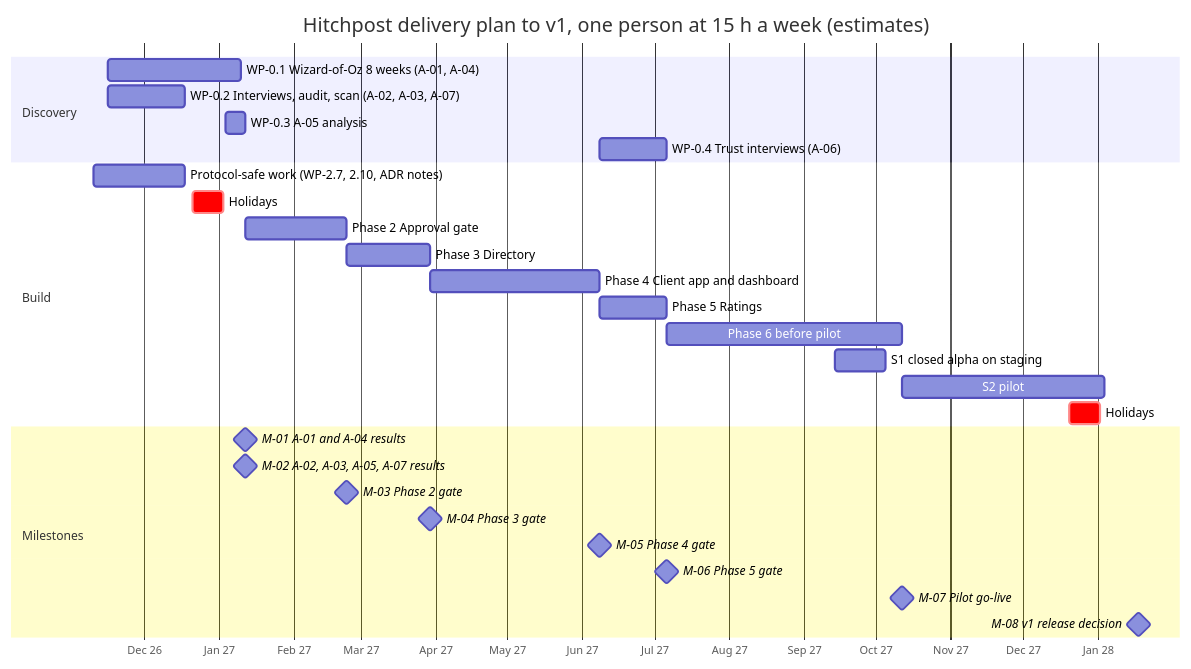
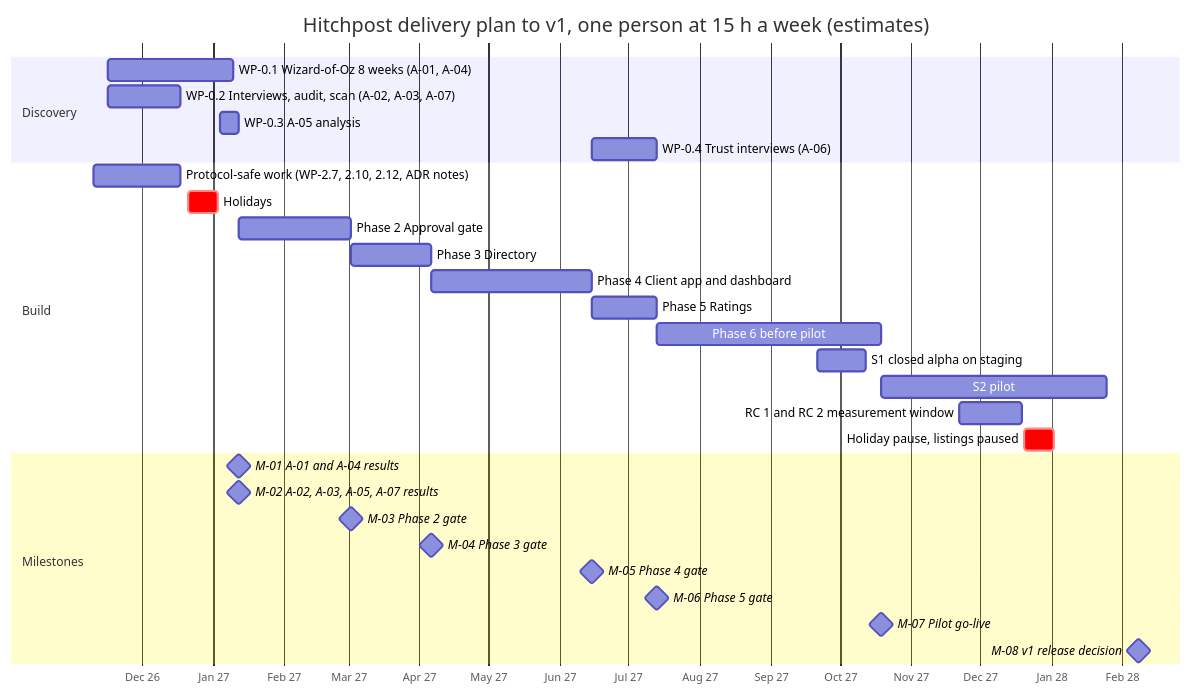
Before and after one commit to Jannisar01/hitchpost: the diagram in docs/sad/16-project-plan.md, drawn with Mermaid. The commit also changed other lines of this file and 22 other files, not shown here.

````diff
--- a/docs/sad/16-project-plan.md
+++ b/docs/sad/16-project-plan.md
@@ -165,31 +171,32 @@
 ```mermaid
 gantt
     title Hitchpost delivery plan to v1, one person at 15 h a week (estimates)
     dateFormat YYYY-MM-DD
     axisFormat %b %y
     section Discovery
     WP-0.1 Wizard-of-Oz 8 weeks (A-01, A-04)    :d1, 2026-11-16, 2027-01-10
     WP-0.2 Interviews, audit, scan (A-02, A-03, A-07) :d2, 2026-11-16, 2026-12-18
     WP-0.3 A-05 analysis                          :d3, 2027-01-04, 2027-01-12
-    WP-0.4 Trust interviews (A-06)                :d4, 2027-06-08, 2027-07-06
+    WP-0.4 Trust interviews (A-06)                :d4, 2027-06-15, 2027-07-13
     section Build
-    Protocol-safe work (WP-2.7, 2.10, ADR notes)   :b0, 2026-11-10, 2026-12-18
+    Protocol-safe work (WP-2.7, 2.10, 2.12, ADR notes) :b0, 2026-11-10, 2026-12-18
     Holidays                                      :crit, h1, 2026-12-21, 2027-01-03
-    Phase 2 Approval gate                         :p2, 2027-01-12, 2027-02-23
-    Phase 3 Directory                             :p3, 2027-02-23, 2027-03-30
-    Phase 4 Client app and dashboard              :p4, 2027-03-30, 2027-06-08
-    Phase 5 Ratings                               :p5, 2027-06-08, 2027-07-06
-    Phase 6 before pilot                          :p6, 2027-07-06, 2027-10-12
-    S1 closed alpha on staging                    :s1, 2027-09-14, 2027-10-05
-    S2 pilot                                      :s2, 2027-10-12, 2028-01-04
-    Holidays                                      :crit, h2, 2027-12-20, 2028-01-02
+    Phase 2 Approval gate                         :p2, 2027-01-12, 2027-03-02
+    Phase 3 Directory                             :p3, 2027-03-02, 2027-04-06
+    Phase 4 Client app and dashboard              :p4, 2027-04-06, 2027-06-15
+    Phase 5 Ratings                               :p5, 2027-06-15, 2027-07-13
+    Phase 6 before pilot                          :p6, 2027-07-13, 2027-10-19
+    S1 closed alpha on staging                    :s1, 2027-09-21, 2027-10-12
+    S2 pilot                                      :s2, 2027-10-19, 2028-01-25
+    RC 1 and RC 2 measurement window              :rc, 2027-11-22, 2027-12-19
+    Holiday pause, listings paused                :crit, h2, 2027-12-20, 2028-01-02
     section Milestones
     M-01 A-01 and A-04 results                    :milestone, m1, 2027-01-12, 0d
     M-02 A-02, A-03, A-05, A-07 results           :milestone, m2, 2027-01-12, 0d
-    M-03 Phase 2 gate                             :milestone, m3, 2027-02-23, 0d
-    M-04 Phase 3 gate                             :milestone, m4, 2027-03-30, 0d
-    M-05 Phase 4 gate                             :milestone, m5, 2027-06-08, 0d
-    M-06 Phase 5 gate                             :milestone, m6, 2027-07-06, 0d
-    M-07 Pilot go-live                            :milestone, m7, 2027-10-12, 0d
-    M-08 v1 release decision                      :milestone, m8, 2028-01-18, 0d
+    M-03 Phase 2 gate                             :milestone, m3, 2027-03-02, 0d
+    M-04 Phase 3 gate                             :milestone, m4, 2027-04-06, 0d
+    M-05 Phase 4 gate                             :milestone, m5, 2027-06-15, 0d
+    M-06 Phase 5 gate                             :milestone, m6, 2027-07-13, 0d
+    M-07 Pilot go-live                            :milestone, m7, 2027-10-19, 0d
+    M-08 v1 release decision                      :milestone, m8, 2028-02-08, 0d
 ```
````
